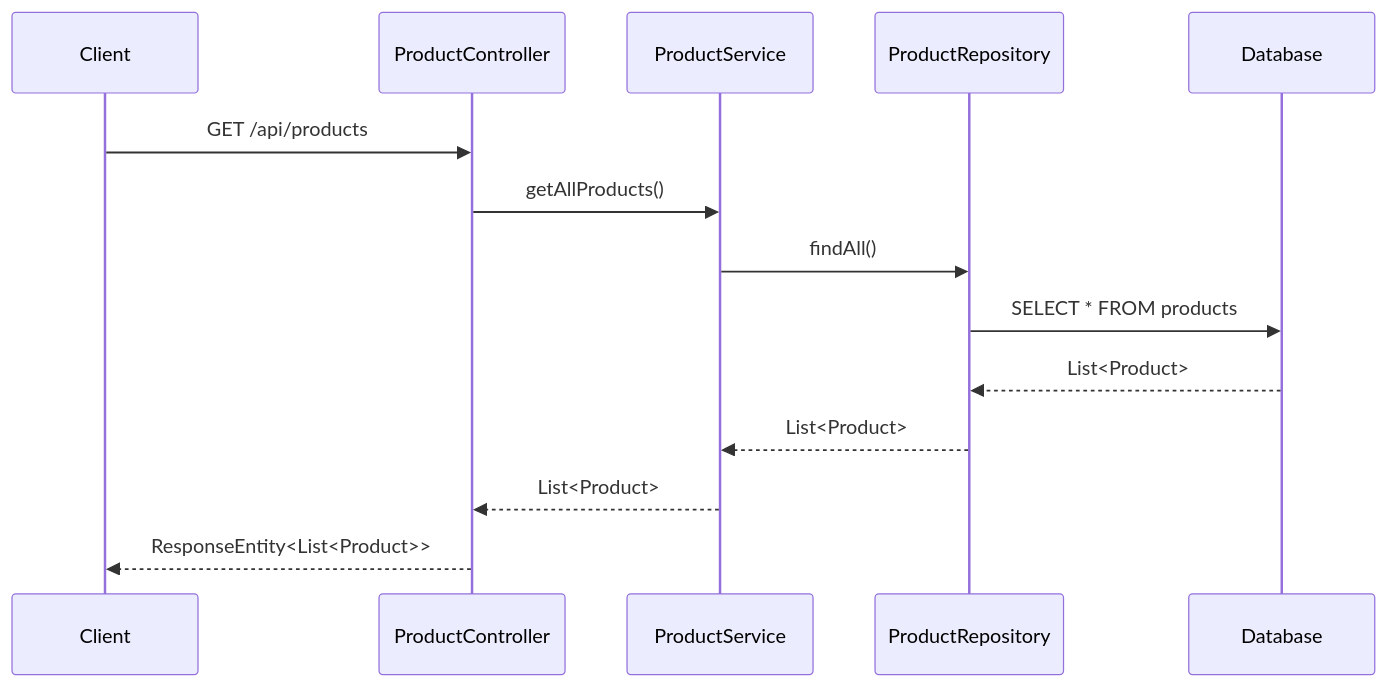
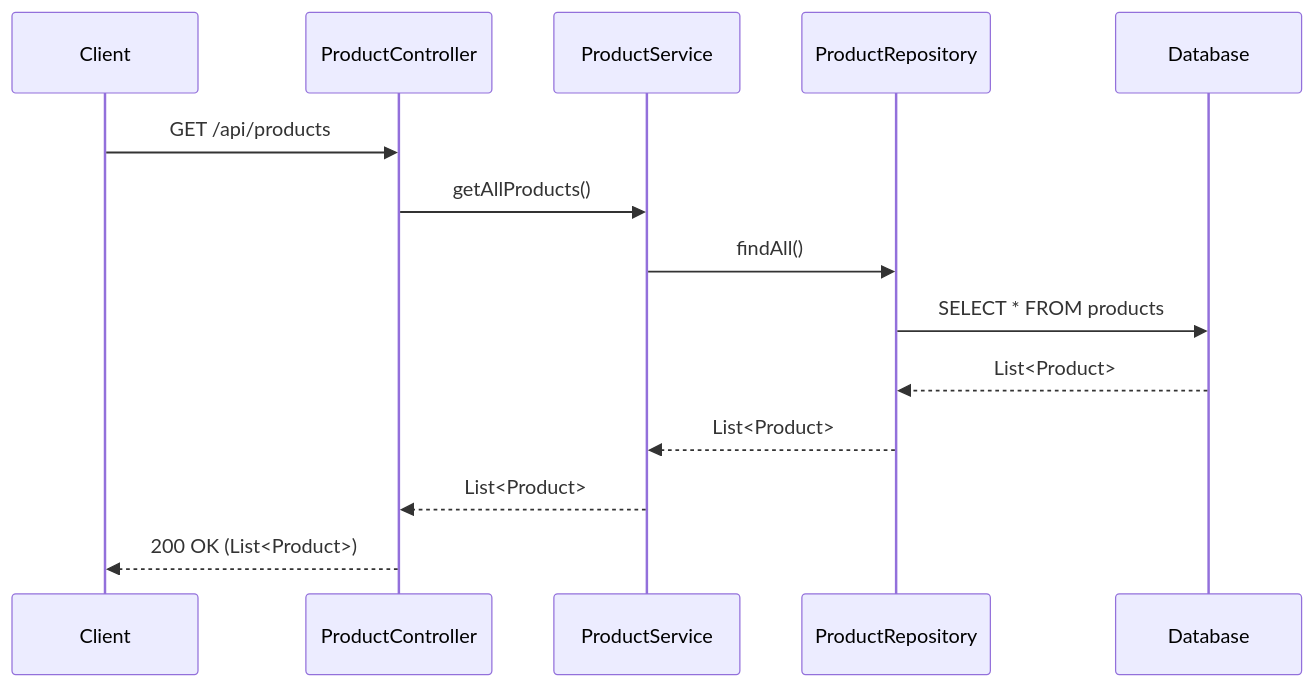
Before and after one commit to NavneetBN47/aava-ecom-demo: the third of 13 diagrams in docs/LLD/modified_lld.md, drawn with Mermaid. The commit also changed other lines of this file, not shown here.

````diff
--- a/docs/LLD/modified_lld.md
+++ b/docs/LLD/modified_lld.md
@@ -219,17 +208,17 @@
 ```mermaid
 sequenceDiagram
     participant Client
     participant ProductController
     participant ProductService
     participant ProductRepository
     participant Database
 
     Client->>ProductController: GET /api/products
     ProductController->>ProductService: getAllProducts()
     ProductService->>ProductRepository: findAll()
     ProductRepository->>Database: SELECT * FROM products
     Database-->>ProductRepository: List<Product>
     ProductRepository-->>ProductService: List<Product>
     ProductService-->>ProductController: List<Product>
-    ProductController-->>Client: ResponseEntity<List<Product>>
+    ProductController-->>Client: 200 OK (List<Product>)
 ```
````
